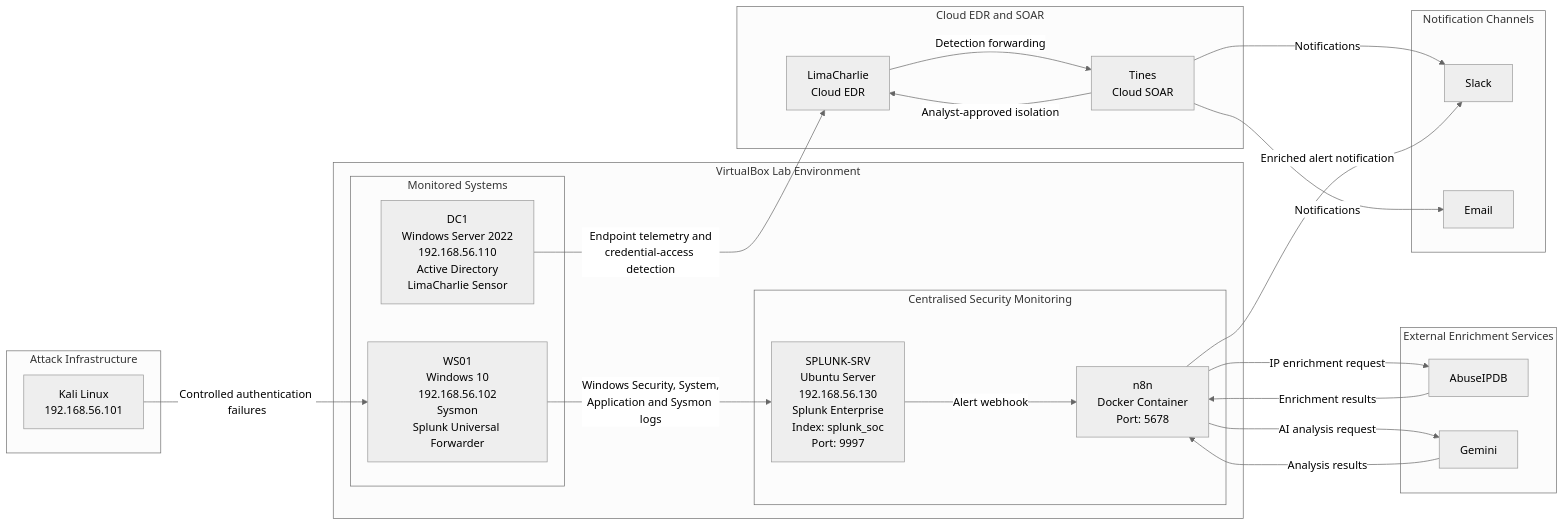
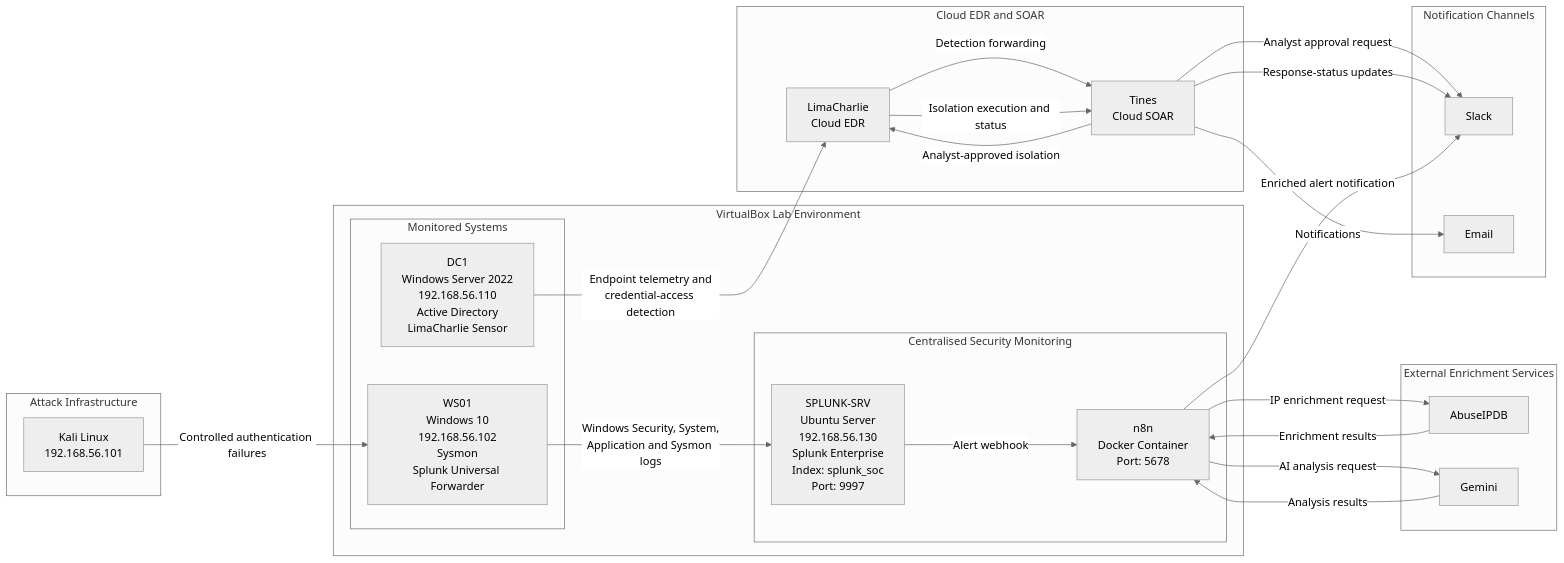
The diagram in docs/03-soc-architecture-and-telemetry-flow.md (Ohdele/SOC-Analyst), drawn with Mermaid (neutral theme) before and after one commit. The commit also changed other lines of this file and 6 other files, not shown here.

````diff
--- a/docs/03-soc-architecture-and-telemetry-flow.md
+++ b/docs/03-soc-architecture-and-telemetry-flow.md
@@ -6,49 +5,51 @@
 ```mermaid
 flowchart LR
     subgraph ATTACK["Attack Infrastructure"]
         KALI["Kali Linux<br/>192.168.56.101"]
     end
 
     subgraph VBOX["VirtualBox Lab Environment"]
         subgraph END["Monitored Systems"]
             DC["DC1<br/>Windows Server 2022<br/>192.168.56.110<br/>Active Directory<br/>LimaCharlie Sensor"]
             WS["WS01<br/>Windows 10<br/>192.168.56.102<br/>Sysmon<br/>Splunk Universal Forwarder"]
         end
 
         subgraph SOC["Centralised Security Monitoring"]
             SPL["SPLUNK-SRV<br/>Ubuntu Server<br/>192.168.56.130<br/>Splunk Enterprise<br/>Index: splunk_soc<br/>Port: 9997"]
             N8N["n8n<br/>Docker Container<br/>Port: 5678"]
         end
 
         KALI -->|"Controlled authentication failures"| WS
         WS -->|"Windows Security, System,<br/>Application and Sysmon logs"| SPL
         SPL -->|"Alert webhook"| N8N
     end
 
     subgraph EDR["Cloud EDR and SOAR"]
         LC["LimaCharlie<br/>Cloud EDR"]
         TINES["Tines<br/>Cloud SOAR"]
     end
 
     subgraph TI["External Enrichment Services"]
         ABUSE["AbuseIPDB"]
         GEMINI["Gemini"]
     end
 
     subgraph NOTIFY["Notification Channels"]
         SLACK["Slack"]
         EMAIL["Email"]
     end
 
     DC -->|"Endpoint telemetry and<br/>credential-access detection"| LC
     LC -->|"Detection forwarding"| TINES
+    TINES -->|"Analyst approval request"| SLACK
     TINES -->|"Analyst-approved isolation"| LC
-    TINES -->|"Notifications"| SLACK
+    LC -->|"Isolation execution and status"| TINES
+    TINES -->|"Response-status updates"| SLACK
     TINES -->|"Notifications"| EMAIL
 
     N8N -->|"IP enrichment request"| ABUSE
     ABUSE -->|"Enrichment results"| N8N
     N8N -->|"AI analysis request"| GEMINI
     GEMINI -->|"Analysis results"| N8N
     N8N -->|"Enriched alert notification"| SLACK
 ```
````
